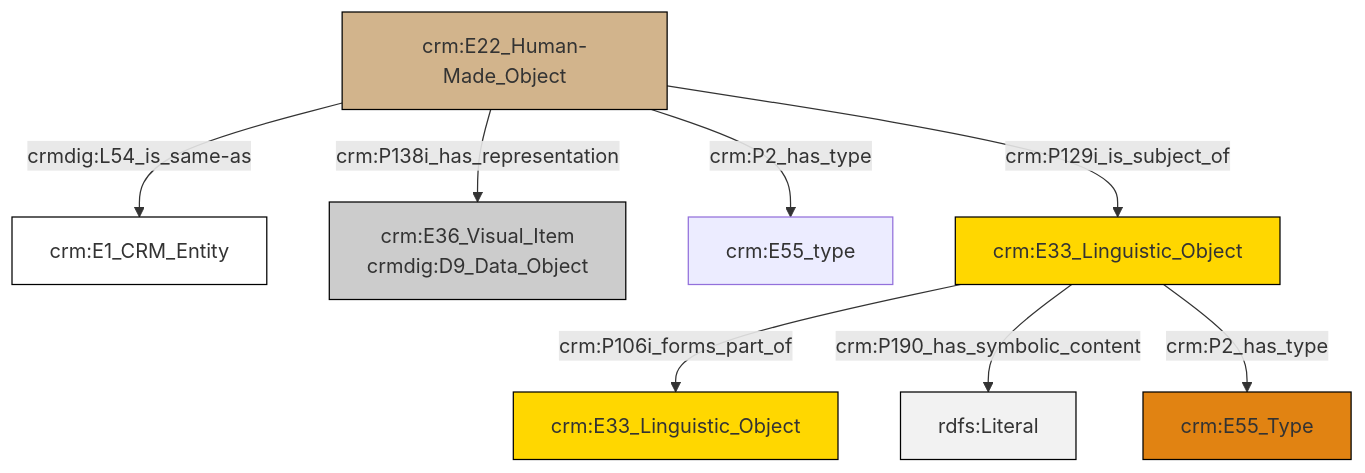
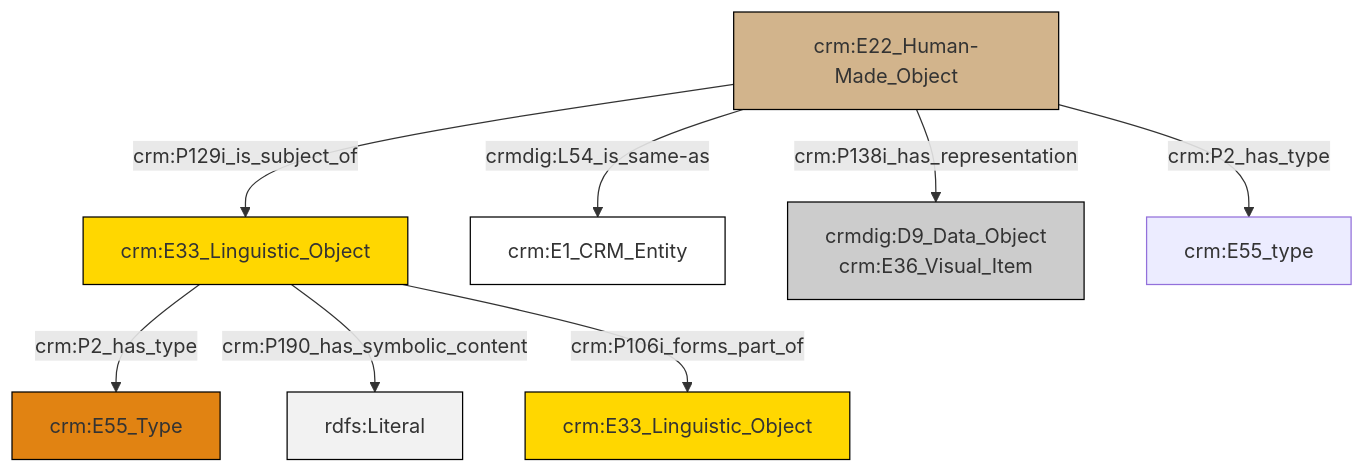
Before and after one commit to swiss-art-research-net/reference-data-models: the diagram in et/artworkCSV/ttl/mmd/Artwork_Documentation.ttl.mmd, drawn with Mermaid. The commit also changed 128 other files, not shown here.

```diff
--- a/et/artworkCSV/ttl/mmd/Artwork_Documentation.ttl.mmd
+++ b/et/artworkCSV/ttl/mmd/Artwork_Documentation.ttl.mmd
@@ -1,22 +1,22 @@
 graph TD
 classDef Literal fill:#f2f2f2,stroke:#000000;
 classDef CRM_Entity fill:#FFFFFF,stroke:#000000;
 classDef Temporal_Entity fill:#00C9E6, stroke:#000000;
 classDef Type fill:#E18312, stroke:#000000;
 classDef Time-Span fill:#2C9C91, stroke:#000000;
 classDef Appellation fill:#FFEB7F, stroke:#000000;
 classDef Place fill:#008836, stroke:#000000;
 classDef Persistent_Item fill:#B266B2, stroke:#000000;
 classDef Conceptual_Object fill:#FFD700, stroke:#000000;
 classDef Physical_Thing fill:#D2B48C, stroke:#000000;
 classDef Actor fill:#f58aad, stroke:#000000;
 classDef PC_Classes fill:#4ce600, stroke:#000000;
 classDef Multi fill:#cccccc,stroke:#000000;
 
-11["crm:E33_Linguistic_Object"]:::Conceptual_Object -->|crm:P106i_forms_part_of| 12["crm:E33_Linguistic_Object"]:::Conceptual_Object
-11["crm:E33_Linguistic_Object"]:::Conceptual_Object -->|crm:P190_has_symbolic_content| 13[rdfs:Literal]:::Literal
-4["crm:E22_Human-Made_Object"]:::Physical_Thing -->|crm:P2_has_type| 9["crm:E55_type"]:::Default
-4["crm:E22_Human-Made_Object"]:::Physical_Thing -->|crm:P138i_has_representation| 6["crm:E36_Visual_Item<br>crmdig:D9_Data_Object"]:::Multi
-4["crm:E22_Human-Made_Object"]:::Physical_Thing -->|crmdig:L54_is_same-as| 2["crm:E1_CRM_Entity"]:::CRM_Entity
-11["crm:E33_Linguistic_Object"]:::Conceptual_Object -->|crm:P2_has_type| 0["crm:E55_Type"]:::Type
-4["crm:E22_Human-Made_Object"]:::Physical_Thing -->|crm:P129i_is_subject_of| 11["crm:E33_Linguistic_Object"]:::Conceptual_Object
+0["crm:E33_Linguistic_Object"]:::Conceptual_Object -->|crm:P2_has_type| 1["crm:E55_Type"]:::Type
+2["crm:E22_Human-Made_Object"]:::Physical_Thing -->|crm:P129i_is_subject_of| 0["crm:E33_Linguistic_Object"]:::Conceptual_Object
+0["crm:E33_Linguistic_Object"]:::Conceptual_Object -->|crm:P190_has_symbolic_content| 5[rdfs:Literal]:::Literal
+0["crm:E33_Linguistic_Object"]:::Conceptual_Object -->|crm:P106i_forms_part_of| 10["crm:E33_Linguistic_Object"]:::Conceptual_Object
+2["crm:E22_Human-Made_Object"]:::Physical_Thing -->|crm:P2_has_type| 11["crm:E55_type"]:::Default
+2["crm:E22_Human-Made_Object"]:::Physical_Thing -->|crm:P138i_has_representation| 6["crmdig:D9_Data_Object<br>crm:E36_Visual_Item"]:::Multi
+2["crm:E22_Human-Made_Object"]:::Physical_Thing -->|crmdig:L54_is_same-as| 3["crm:E1_CRM_Entity"]:::CRM_Entity
```
